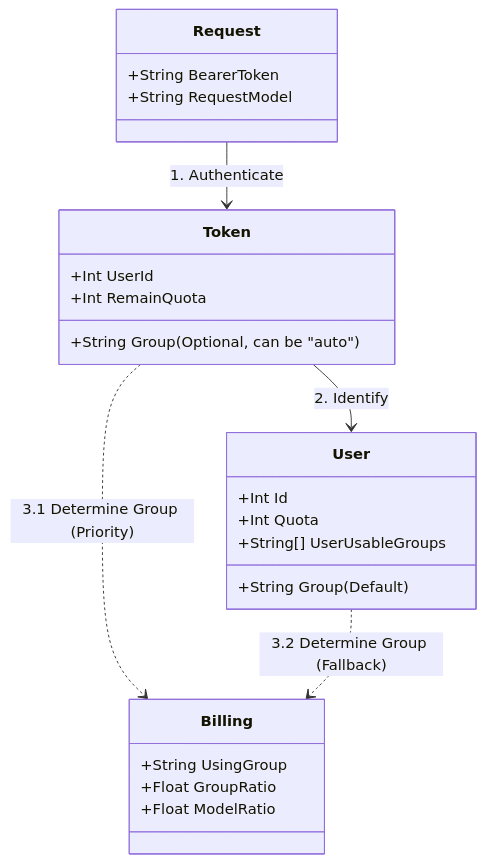
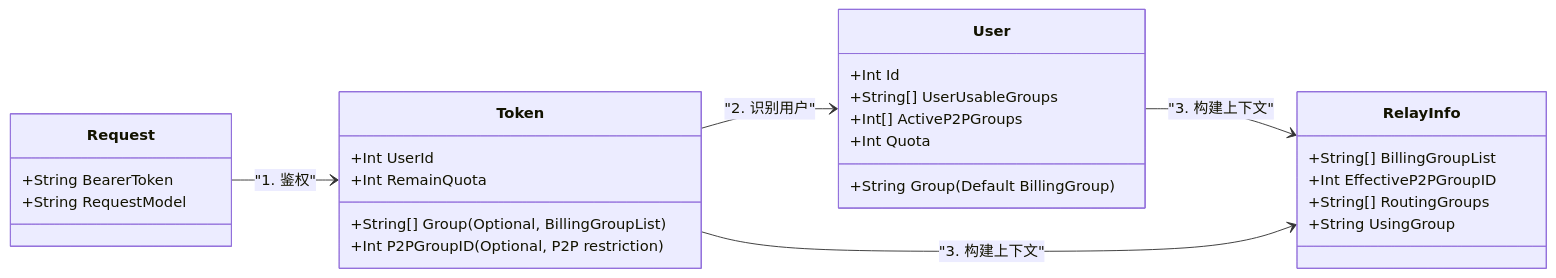
Before and after one commit to WoolenWang/new-api: the fourth of 10 diagrams in docs/NewAPI-总体设计.md, drawn with Mermaid. The commit also changed other lines of this file and 2 other files, not shown here.

````diff
--- a/docs/NewAPI-总体设计.md
+++ b/docs/NewAPI-总体设计.md
@@ -286,28 +305,32 @@
 ```mermaid
 classDiagram
+    direction LR
     class Request {
         +String BearerToken
         +String RequestModel
     }
     class Token {
         +Int UserId
-        +String Group (Optional, can be "auto")
+        +String[] Group (Optional, BillingGroupList)
+        +Int P2PGroupID (Optional, P2P restriction)
         +Int RemainQuota
     }
     class User {
         +Int Id
-        +String Group (Default)
+        +String Group (Default BillingGroup)
+        +String[] UserUsableGroups
+        +Int[] ActiveP2PGroups
         +Int Quota
-        +String[] UserUsableGroups
     }
-    class Billing {
+    class RelayInfo {
+        +String[] BillingGroupList
+        +Int EffectiveP2PGroupID
+        +String[] RoutingGroups
         +String UsingGroup
-        +Float GroupRatio
-        +Float ModelRatio
     }
 
-    Request --> Token : 1. Authenticate
-    Token --> User : 2. Identify
-    Token ..> Billing : 3.1 Determine Group (Priority)
-    User ..> Billing : 3.2 Determine Group (Fallback)
+    Request --> Token : "1. 鉴权"
+    Token --> User : "2. 识别用户"
+    User --> RelayInfo : "3. 构建上下文"
+    Token --> RelayInfo : "3. 构建上下文"
 ```
````
